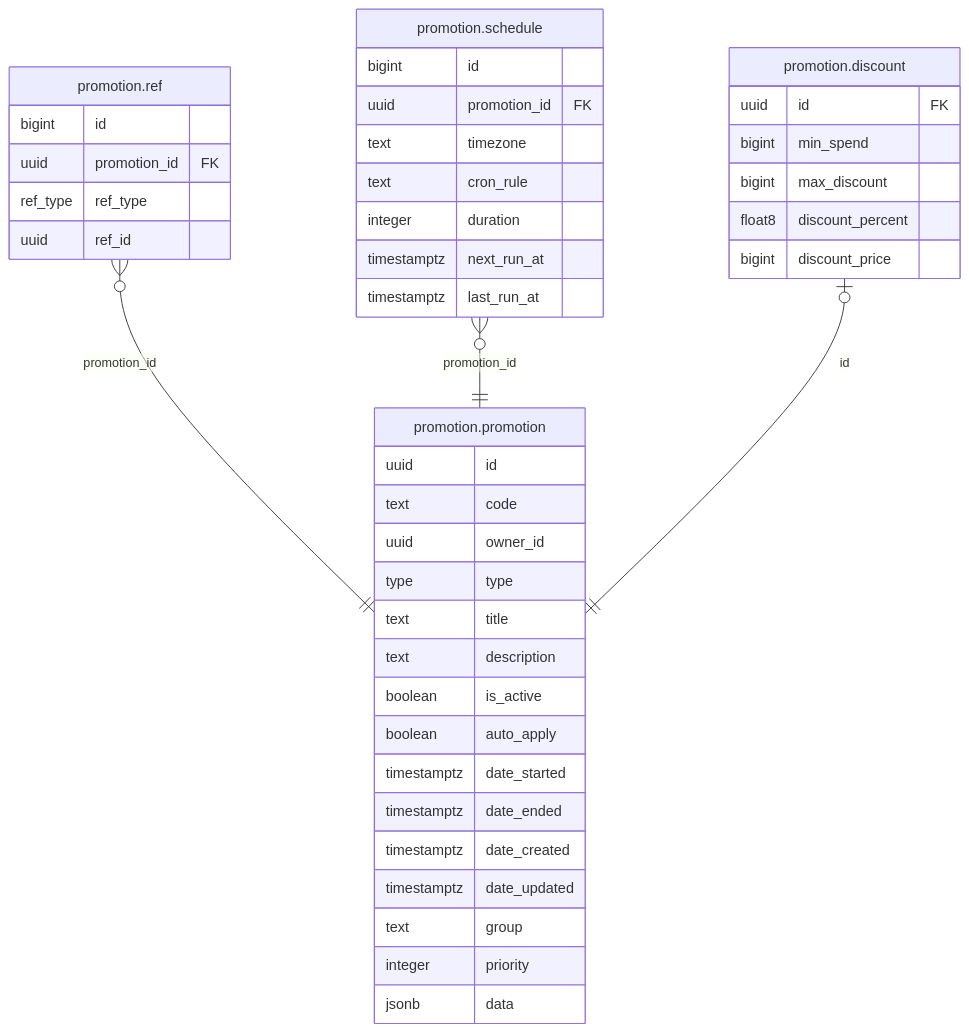
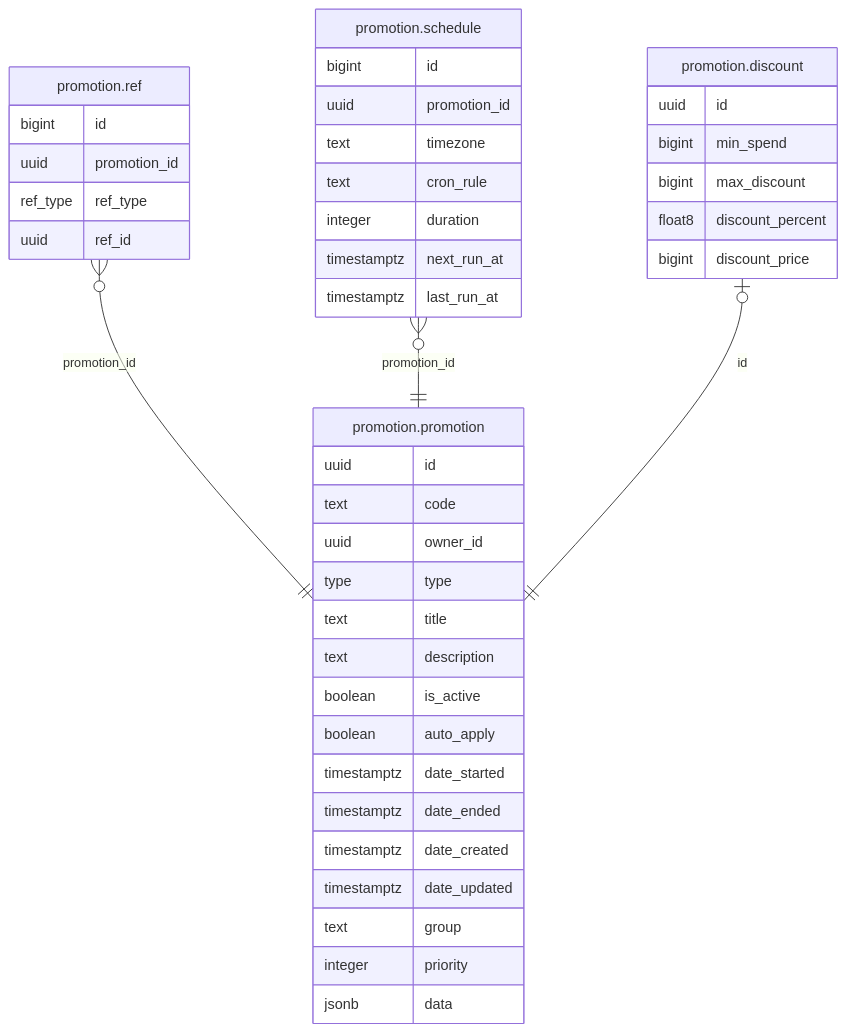
One commit to shopnexus/shopnexus-server changed the diagram in internal/module/promotion/README.md. Above: the diagram before and after it, drawn with Mermaid. The commit also changed other lines of this file and 12 other files, not shown here.

Commit message:
add generating mermaid script & update all readmes

````diff
--- a/internal/module/promotion/README.md
+++ b/internal/module/promotion/README.md
@@ -50,46 +10,46 @@
 ```mermaid
 erDiagram
 "promotion.ref" }o--|| "promotion.promotion" : "promotion_id"
 "promotion.schedule" }o--|| "promotion.promotion" : "promotion_id"
 "promotion.discount" |o--|| "promotion.promotion" : "id"
 
 "promotion.discount" {
-  uuid id FK
+  uuid id
   bigint min_spend
   bigint max_discount
   float8 discount_percent
   bigint discount_price
 }
 "promotion.promotion" {
   uuid id
   text code
   uuid owner_id
   type type
   text title
   text description
   boolean is_active
   boolean auto_apply
   timestamptz date_started
   timestamptz date_ended
   timestamptz date_created
   timestamptz date_updated
   text group
   integer priority
   jsonb data
 }
 "promotion.ref" {
   bigint id
-  uuid promotion_id FK
+  uuid promotion_id
   ref_type ref_type
   uuid ref_id
 }
 "promotion.schedule" {
   bigint id
-  uuid promotion_id FK
+  uuid promotion_id
   text timezone
   text cron_rule
   integer duration
   timestamptz next_run_at
   timestamptz last_run_at
 }
 ```
````
